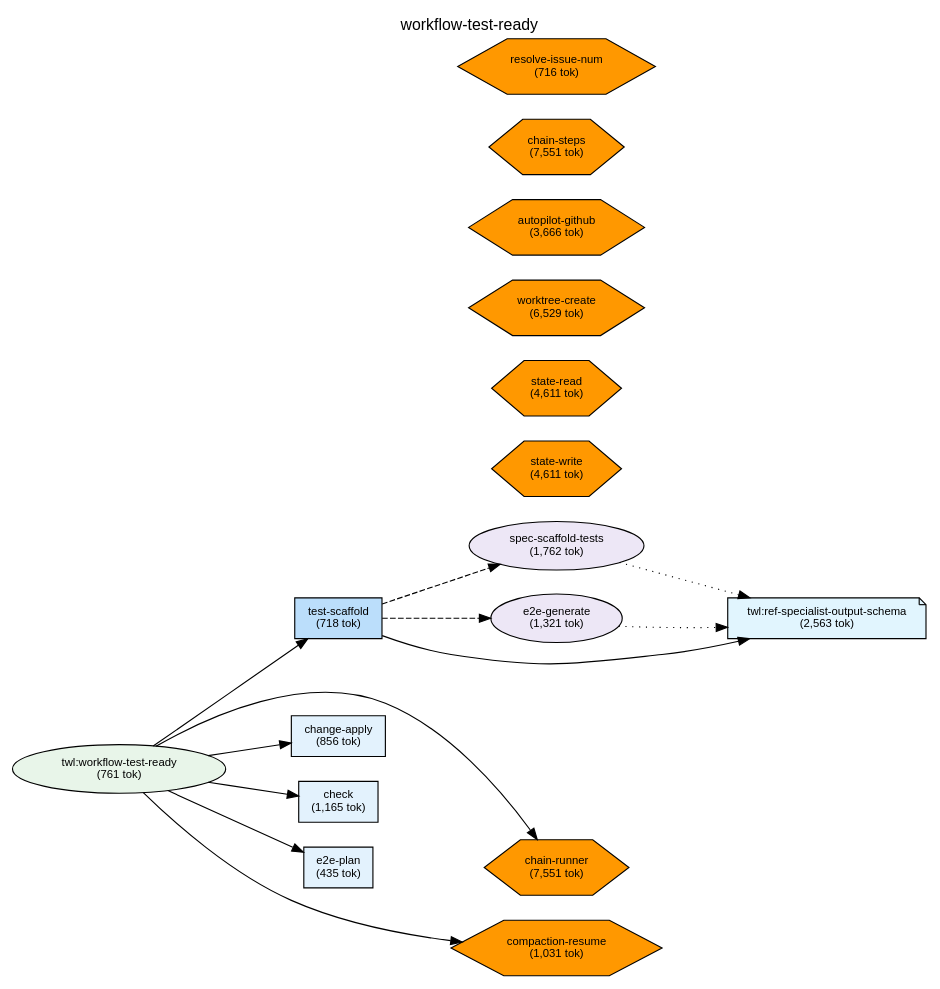
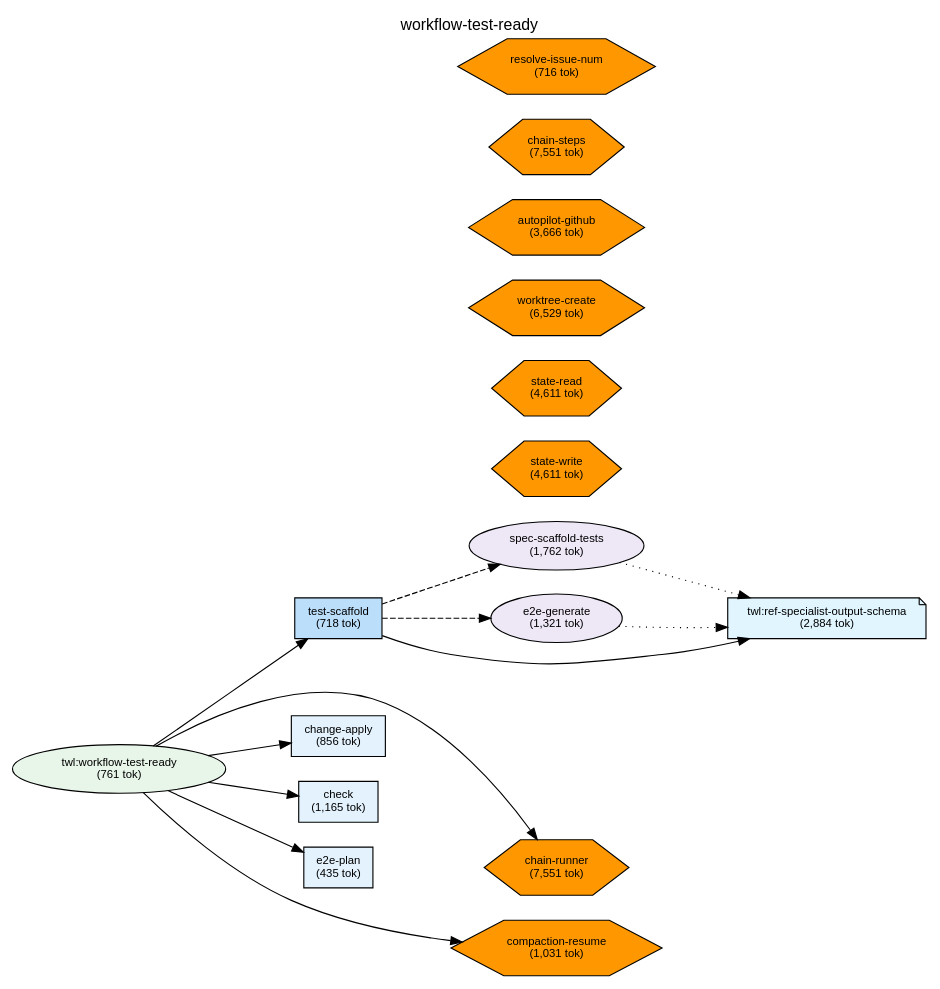
Before and after one commit to shuu5/twill: the diagram in plugins/twl/docs/deps-workflow-test-ready.dot, drawn with Graphviz. The commit also changed 19 other files, not shown here.

```diff
--- a/plugins/twl/docs/deps-workflow-test-ready.dot
+++ b/plugins/twl/docs/deps-workflow-test-ready.dot
@@ -1,82 +1,82 @@
 digraph Dependencies {
     // Graph settings
     rankdir=LR;
     ranksep=0.8;
     nodesep=0.3;
     fontname="Helvetica";
     node [fontname="Helvetica", fontsize=10];
     edge [fontname="Helvetica", fontsize=9];
     label="workflow-test-ready";
     labelloc=t;
     fontsize=14;
 
     // L0: Controller Skills
 
     // L0: Launchers
 
     // L0.5: Workflow Skills
     skill_workflow_test_ready [label="twl:workflow-test-ready\n(761 tok)", shape=ellipse, style=filled, fillcolor="#e8f5e9"];
 
     // Reference Skills
-    skill_ref_specialist_output_schema [label="twl:ref-specialist-output-schema\n(2,563 tok)", shape=note, style=filled, fillcolor="#e1f5fe"];
+    skill_ref_specialist_output_schema [label="twl:ref-specialist-output-schema\n(2,884 tok)", shape=note, style=filled, fillcolor="#e1f5fe"];
 
     // L1: Direct Commands
     cmd_change_apply [label="change-apply\n(856 tok)", shape=box, style=filled, fillcolor="#e3f2fd"];
     cmd_check [label="check\n(1,165 tok)", shape=box, style=filled, fillcolor="#e3f2fd"];
     cmd_e2e_plan [label="e2e-plan\n(435 tok)", shape=box, style=filled, fillcolor="#e3f2fd"];
     cmd_test_scaffold [label="test-scaffold\n(718 tok)", shape=box, style=filled, fillcolor="#bbdefb"];
 
     // L2: Sub Commands
 
     // L3: Agents
     agent_spec_scaffold_tests [label="spec-scaffold-tests\n(1,762 tok)", shape=ellipse, style=filled, fillcolor="#ede7f6"];
     agent_e2e_generate [label="e2e-generate\n(1,321 tok)", shape=ellipse, style=filled, fillcolor="#ede7f6"];
 
     // L3.5: Scripts
     script_state_read [label="state-read\n(4,611 tok)", shape=hexagon, style=filled, fillcolor="#FF9800"];
     script_state_write [label="state-write\n(4,611 tok)", shape=hexagon, style=filled, fillcolor="#FF9800"];
     script_chain_runner [label="chain-runner\n(7,551 tok)", shape=hexagon, style=filled, fillcolor="#FF9800"];
     script_worktree_create [label="worktree-create\n(6,529 tok)", shape=hexagon, style=filled, fillcolor="#FF9800"];
     script_autopilot_github [label="autopilot-github\n(3,666 tok)", shape=hexagon, style=filled, fillcolor="#FF9800"];
     script_chain_steps [label="chain-steps\n(7,551 tok)", shape=hexagon, style=filled, fillcolor="#FF9800"];
     script_compaction_resume [label="compaction-resume\n(1,031 tok)", shape=hexagon, style=filled, fillcolor="#FF9800"];
     script_resolve_issue_num [label="resolve-issue-num\n(716 tok)", shape=hexagon, style=filled, fillcolor="#FF9800"];
 
     // L4: External
 
     // Layer constraints
     { rank=same; skill_workflow_test_ready; }
     { rank=same; skill_ref_specialist_output_schema; }
     { rank=same; cmd_change_apply; cmd_check; cmd_e2e_plan; cmd_test_scaffold; }
     { rank=same; agent_spec_scaffold_tests; agent_e2e_generate; }
     { rank=same; script_state_read; script_state_write; script_chain_runner; script_worktree_create; script_autopilot_github; script_chain_steps; script_compaction_resume; script_resolve_issue_num; }
 
     // Edges
     skill_workflow_test_ready -> cmd_test_scaffold;
     skill_workflow_test_ready -> cmd_change_apply;
     skill_workflow_test_ready -> cmd_check;
     skill_workflow_test_ready -> cmd_e2e_plan;
     skill_workflow_test_ready -> script_chain_runner;
     skill_workflow_test_ready -> script_compaction_resume;
     cmd_test_scaffold -> agent_spec_scaffold_tests [style=dashed];
     cmd_test_scaffold -> agent_e2e_generate [style=dashed];
     cmd_test_scaffold -> skill_ref_specialist_output_schema;
     agent_spec_scaffold_tests -> skill_ref_specialist_output_schema [style=dotted];
     agent_e2e_generate -> skill_ref_specialist_output_schema [style=dotted];
 
     // Ordering constraints (invisible edges)
     script_chain_runner -> script_compaction_resume [style=invis, weight=10];
     cmd_test_scaffold -> cmd_change_apply [style=invis, weight=10];
     cmd_change_apply -> cmd_check [style=invis, weight=10];
     cmd_check -> cmd_e2e_plan [style=invis, weight=10];
     cmd_e2e_plan -> script_chain_runner [style=invis, weight=10];
     script_chain_runner -> script_compaction_resume [style=invis, weight=10];
     script_chain_runner -> script_compaction_resume [style=invis, weight=10];
     script_chain_runner -> script_compaction_resume [style=invis, weight=10];
     agent_spec_scaffold_tests -> agent_e2e_generate [style=invis, weight=10];
     agent_e2e_generate -> skill_ref_specialist_output_schema [style=invis, weight=10];
     script_state_read -> script_state_write [style=invis, weight=10];
     script_state_read -> script_state_write [style=invis, weight=10];
     script_state_read -> script_state_write [style=invis, weight=10];
 
 }
```
